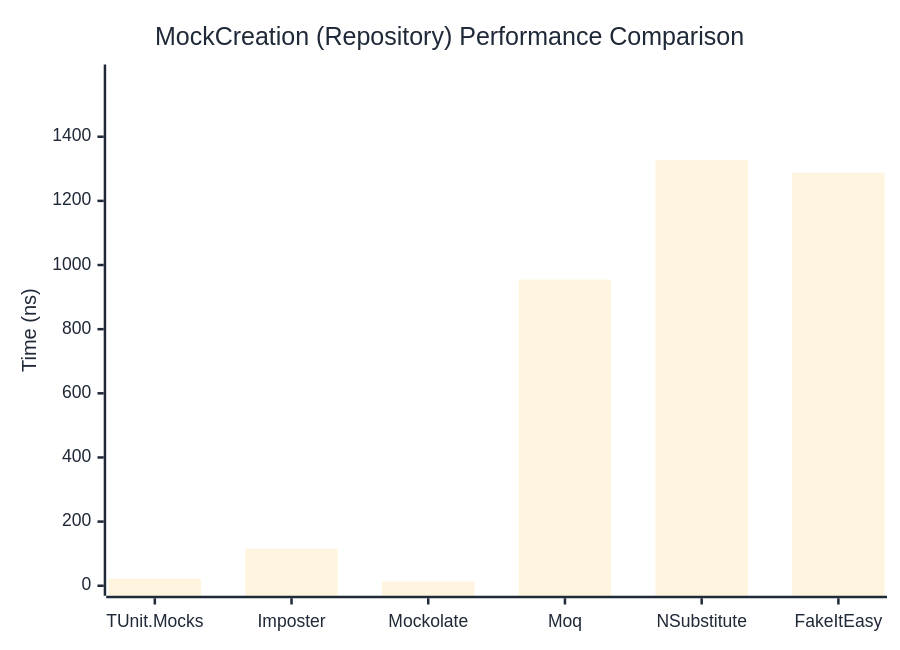
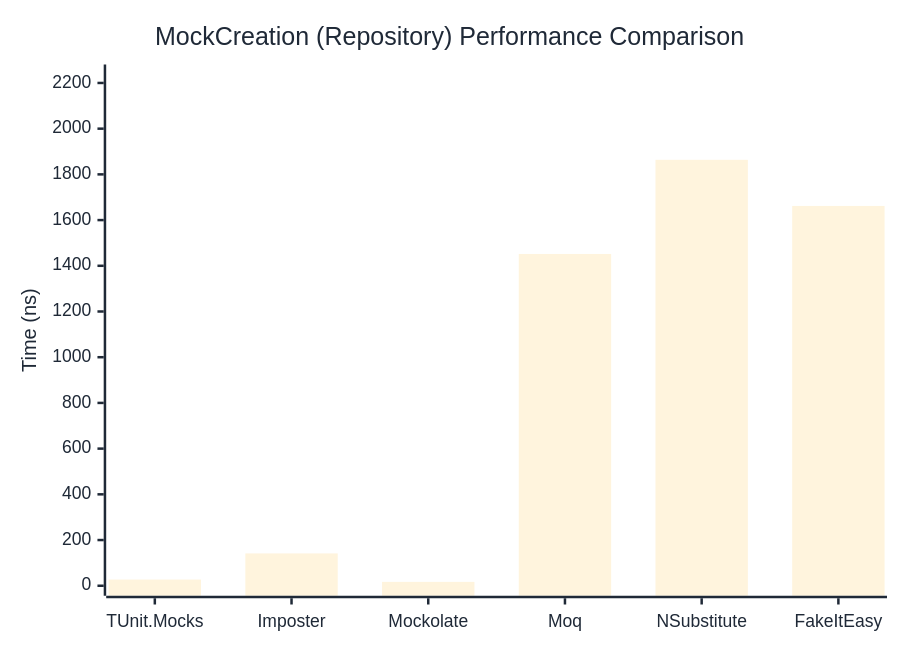
Before and after one commit to thomhurst/TUnit: the second of 2 diagrams in docs/docs/benchmarks/mocks/MockCreation.md, drawn with Mermaid. The commit also changed other lines of this file and 14 other files, not shown here.

````diff
--- a/docs/docs/benchmarks/mocks/MockCreation.md
+++ b/docs/docs/benchmarks/mocks/MockCreation.md
@@ -71,27 +71,27 @@
 ```mermaid
 %%{init: {
   'theme':'base',
   'themeVariables': {
     'primaryColor': '#2563eb',
     'primaryTextColor': '#1f2937',
     'primaryBorderColor': '#1e40af',
     'lineColor': '#6b7280',
     'secondaryColor': '#7c3aed',
     'tertiaryColor': '#dc2626',
     'background': '#ffffff',
     'pie1': '#2563eb',
     'pie2': '#7c3aed',
     'pie3': '#dc2626',
     'pie4': '#f59e0b',
     'pie5': '#10b981',
     'pie6': '#06b6d4',
     'pie7': '#ec4899',
     'pie8': '#6366f1'
   }
 }}%%
 xychart-beta
   title "MockCreation (Repository) Performance Comparison"
   x-axis ["TUnit.Mocks", "Imposter", "Mockolate", "Moq", "NSubstitute", "FakeItEasy"]
-  y-axis "Time (ns)" 0 --> 1594
-  bar [21.88, 115.55, 13.11, 954.74, 1327.79, 1287.94]
+  y-axis "Time (ns)" 0 --> 2237
+  bar [27.14, 141.52, 16.96, 1451.78, 1863.71, 1661.92]
 ```
````
